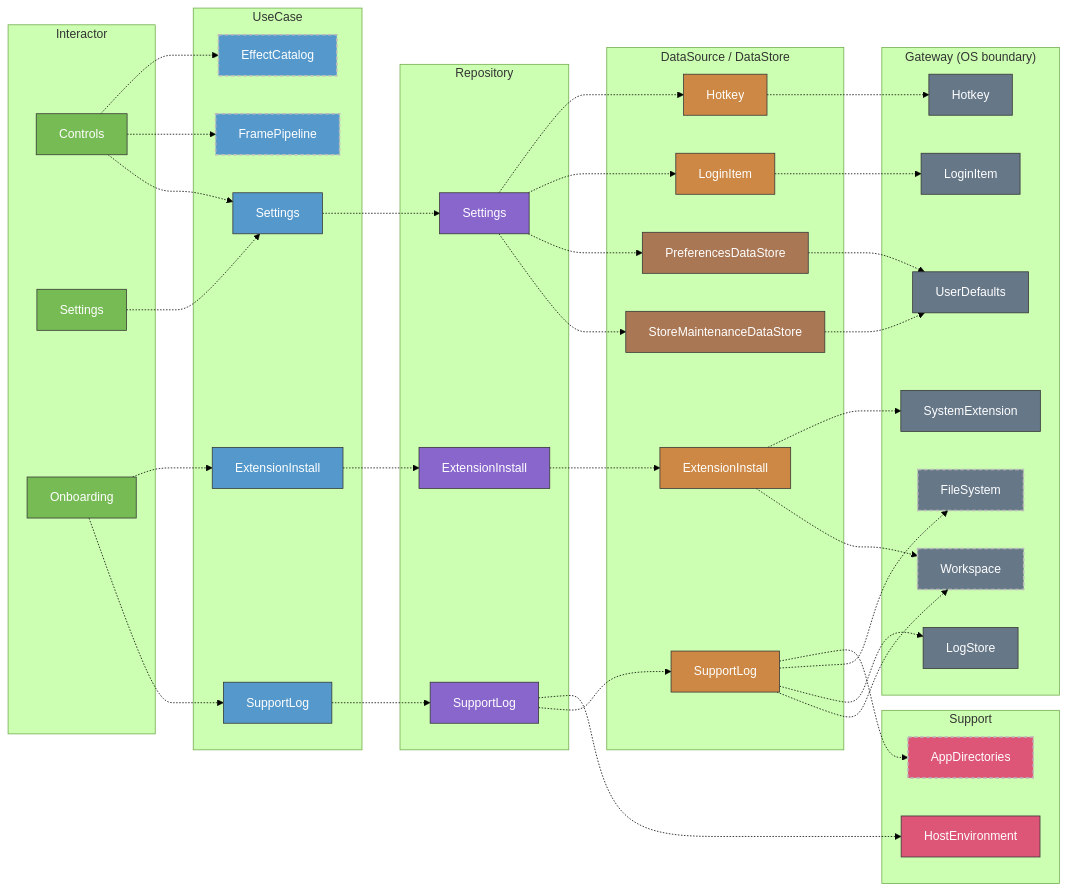
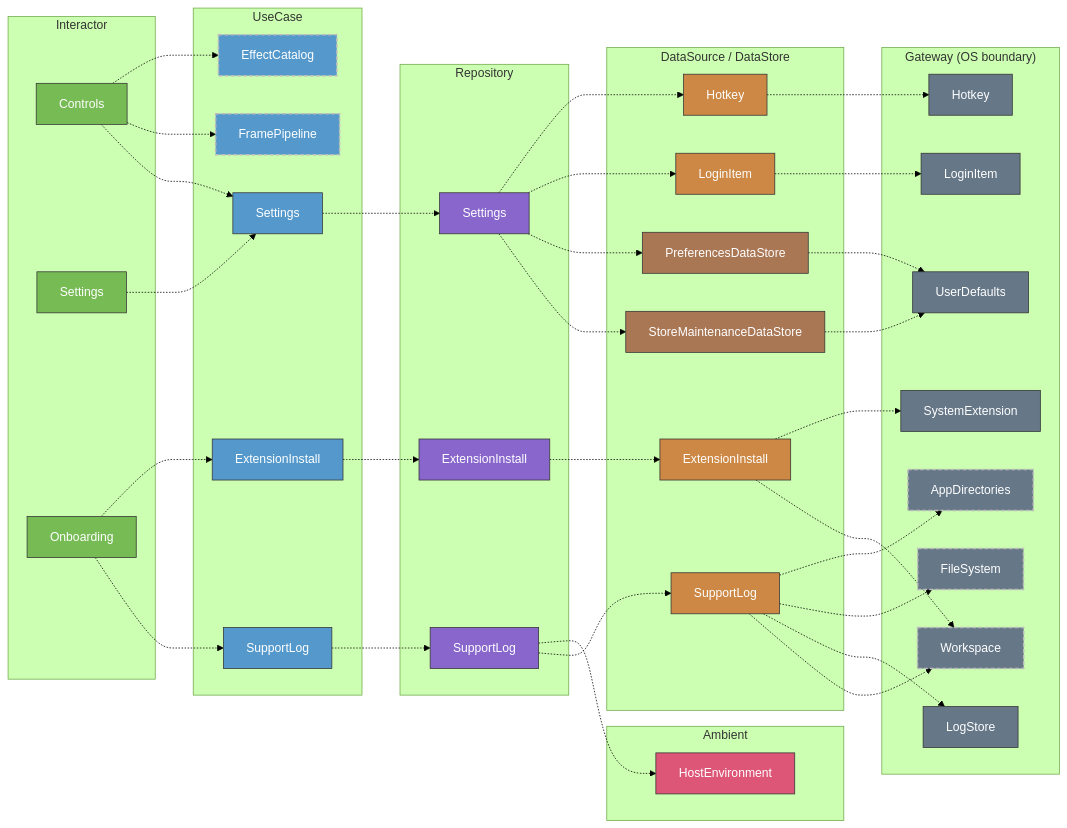
The eighth of 9 diagrams in docs/ARCHITECTURE.md (GeneralD/mirage), drawn with Mermaid (forest theme) before and after one commit. The commit also changed other lines of this file and 7 other files, not shown here.

First line of the commit message:
docs(architecture): generate the module diagrams from the package and the lint

````diff
--- a/docs/ARCHITECTURE.md
+++ b/docs/ARCHITECTURE.md
@@ -437,77 +433,76 @@
 ```mermaid
 graph LR
   subgraph Area3_int["Interactor"]
     ControlsInteractor["Controls"]:::int
     SettingsInteractor["Settings"]:::int
     OnboardingInteractor["Onboarding"]:::int
   end
   subgraph Area3_uc["UseCase"]
     SettingsUseCase["Settings"]:::uc
     ExtensionInstallUseCase["ExtensionInstall"]:::uc
     SupportLogUseCase["SupportLog"]:::uc
     EffectCatalogUseCase["EffectCatalog"]:::ucx
     FramePipelineUseCase["FramePipeline"]:::ucx
   end
   subgraph Area3_repo["Repository"]
     SettingsRepository["Settings"]:::repo
     ExtensionInstallRepository["ExtensionInstall"]:::repo
     SupportLogRepository["SupportLog"]:::repo
   end
   subgraph Area3_ds["DataSource / DataStore"]
     HotkeyDataSource["Hotkey"]:::ds
     LoginItemDataSource["LoginItem"]:::ds
     PreferencesDataStore:::dstore
     StoreMaintenanceDataStore:::dstore
     ExtensionInstallDataSource["ExtensionInstall"]:::ds
     SupportLogDataSource["SupportLog"]:::ds
   end
   subgraph Area3_gw["Gateway (OS boundary)"]
     HotkeyGateway["Hotkey"]:::gw
     LoginItemGateway["LoginItem"]:::gw
     UserDefaultsGateway["UserDefaults"]:::gw
     SystemExtensionGateway["SystemExtension"]:::gw
     LogStoreGateway["LogStore"]:::gw
+    AppDirectories:::gwx
     FileSystemGateway["FileSystem"]:::gwx
     WorkspaceGateway["Workspace"]:::gwx
   end
-  subgraph Area3_sup["Support"]
-    HostEnvironment:::sup
-    AppDirectories:::supx
+  subgraph Area3_amb["Ambient"]
+    HostEnvironment:::amb
   end
   ControlsInteractor -.-> EffectCatalogUseCase
   ControlsInteractor -.-> FramePipelineUseCase
   ControlsInteractor -.-> SettingsUseCase
   SettingsInteractor -.-> SettingsUseCase
   OnboardingInteractor -.-> ExtensionInstallUseCase
   OnboardingInteractor -.-> SupportLogUseCase
   SettingsUseCase -.-> SettingsRepository
   ExtensionInstallUseCase -.-> ExtensionInstallRepository
   SupportLogUseCase -.-> SupportLogRepository
   SettingsRepository -.-> HotkeyDataSource
   SettingsRepository -.-> LoginItemDataSource
   SettingsRepository -.-> PreferencesDataStore
   SettingsRepository -.-> StoreMaintenanceDataStore
   ExtensionInstallRepository -.-> ExtensionInstallDataSource
   SupportLogRepository -.-> HostEnvironment
   SupportLogRepository -.-> SupportLogDataSource
   HotkeyDataSource -.-> HotkeyGateway
   LoginItemDataSource -.-> LoginItemGateway
   PreferencesDataStore -.-> UserDefaultsGateway
   StoreMaintenanceDataStore -.-> UserDefaultsGateway
   ExtensionInstallDataSource -.-> SystemExtensionGateway
   ExtensionInstallDataSource -.-> WorkspaceGateway
   SupportLogDataSource -.-> AppDirectories
   SupportLogDataSource -.-> FileSystemGateway
   SupportLogDataSource -.-> LogStoreGateway
   SupportLogDataSource -.-> WorkspaceGateway
+  classDef amb fill:#d57,stroke:#333,color:#fff
   classDef ds fill:#c84,stroke:#333,color:#fff
   classDef dstore fill:#a75,stroke:#333,color:#fff
   classDef gw fill:#678,stroke:#333,color:#fff
   classDef gwx fill:#678,stroke:#bbb,stroke-width:2px,stroke-dasharray:5 3,color:#fff
   classDef int fill:#7b5,stroke:#333,color:#fff
   classDef repo fill:#86c,stroke:#333,color:#fff
-  classDef sup fill:#d57,stroke:#333,color:#fff
-  classDef supx fill:#d57,stroke:#bbb,stroke-width:2px,stroke-dasharray:5 3,color:#fff
   classDef uc fill:#59c,stroke:#333,color:#fff
   classDef ucx fill:#59c,stroke:#bbb,stroke-width:2px,stroke-dasharray:5 3,color:#fff
 ```
````
